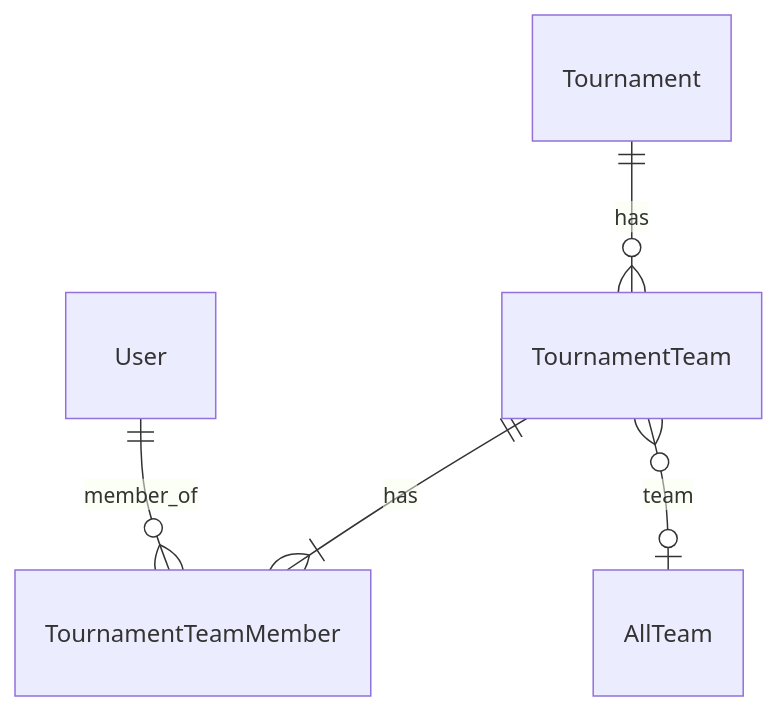
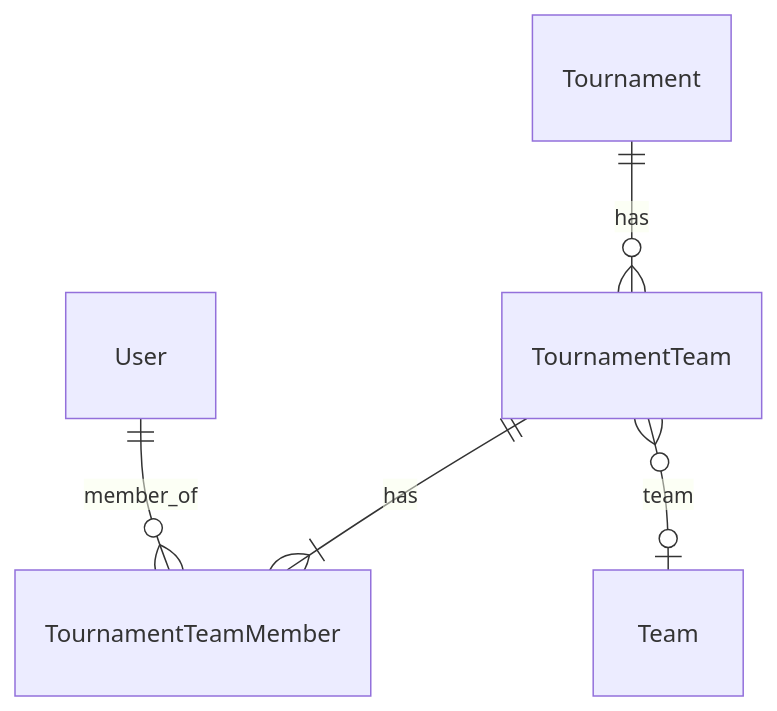
Before and after one commit to sendou-ink/sendou.ink: diagram 13 of 16 in docs/dev/database-relations.md, drawn with Mermaid. The commit also changed other lines of this file and 79 other files, not shown here.

````diff
--- a/docs/dev/database-relations.md
+++ b/docs/dev/database-relations.md
@@ -178,7 +181,7 @@
 ```mermaid
 erDiagram
     Tournament ||--o{ TournamentTeam : has
     TournamentTeam ||--|{ TournamentTeamMember : has
     User ||--o{ TournamentTeamMember : member_of
-    TournamentTeam }o--o| AllTeam : team
+    TournamentTeam }o--o| Team : team
 ```
````
